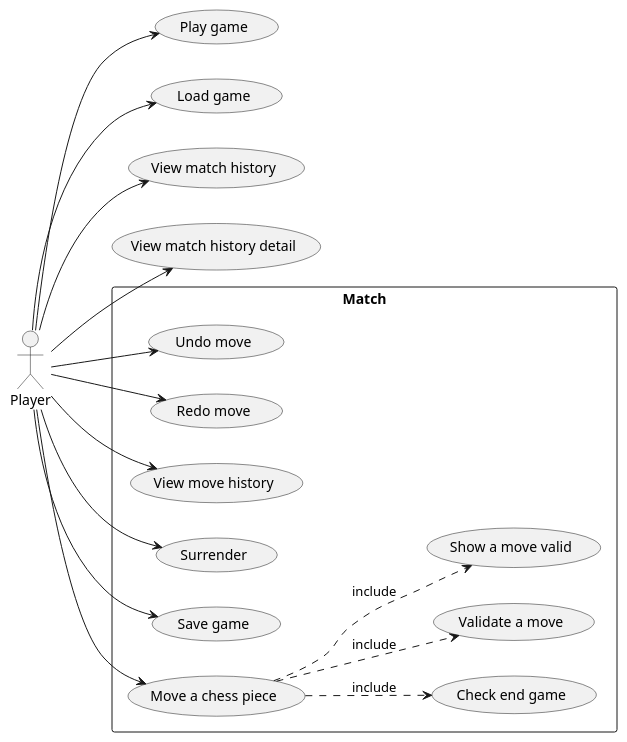
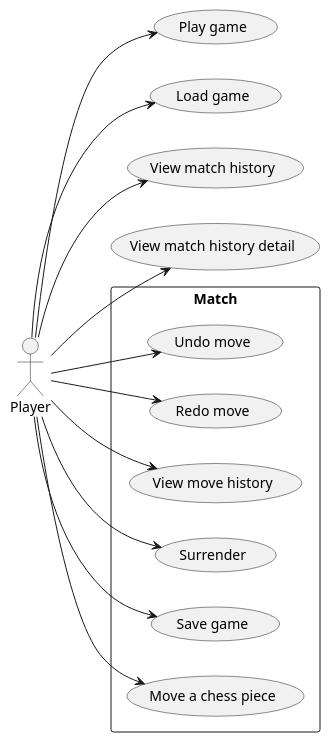
The diagram in use-case-diagram.puml (duyhq-zee1/chess-game), drawn with PlantUML before and after one commit.

Commit message:
docs: fix code usecase

```diff
--- a/use-case-diagram.puml
+++ b/use-case-diagram.puml
@@ -1,41 +1,35 @@
 @startuml "Use case"
 left to right direction
 
 actor Player
 
 
 rectangle Match {
   
   usecase "Undo move" as undoMove
   usecase "Redo move" as redoMove
   usecase "View move history" as viewMoveHistory
-  usecase "Check end game" as checkEndGame
-  usecase "Validate a move" as validateAMove
-  usecase "Show a move valid" as showAMoveValid
   usecase "Surrender" as surrender
   usecase "Save game" as saveGame
   usecase "Move a chess piece" as moveAChess
 
   Player --> undoMove
   Player --> redoMove
   Player --> viewMoveHistory
   Player --> surrender
   Player --> saveGame
   Player --> moveAChess
-  
-  (moveAChess)..>(validateAMove) : include
-  (moveAChess)..>(checkEndGame)  : include
-  (moveAChess)..>(showAMoveValid)  : include
+
 }
 
 usecase "Play game" as playGame
 usecase "Load game" as loadGame
 usecase "View match history" as viewMatchHistory
 usecase "View match history detail" as viewDetailMatchHistory
 
 Player --> playGame
 Player --> loadGame
 Player --> viewMatchHistory
 Player --> viewDetailMatchHistory
 
 @enduml
```
